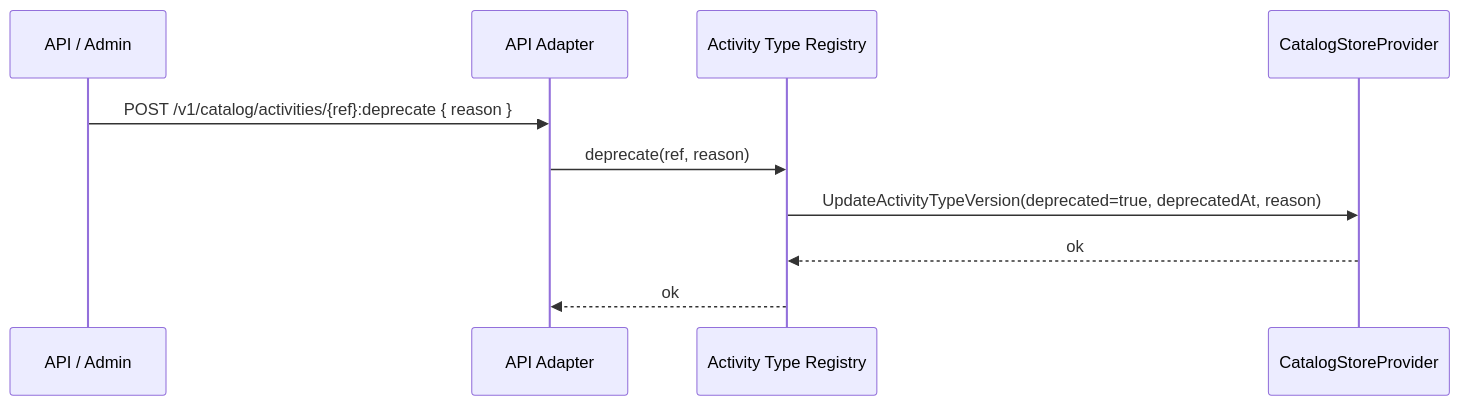
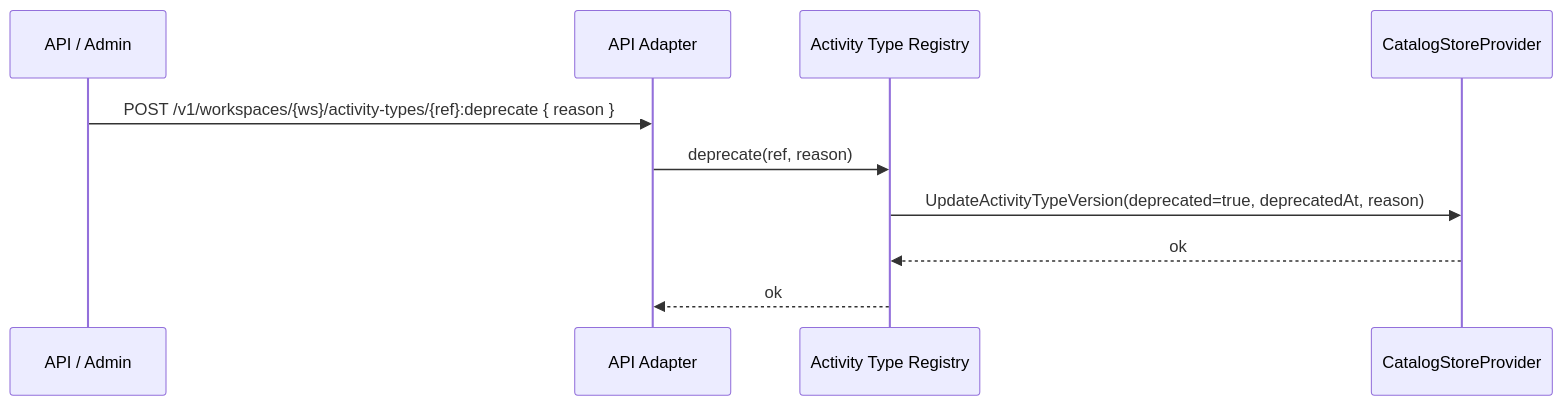
The seventh of 8 diagrams in design/components/catalog-service/design.md (toddysm/custos), drawn with Mermaid before and after one commit. The commit also changed other lines of this file and 7 other files, not shown here.

````diff
--- a/design/components/catalog-service/design.md
+++ b/design/components/catalog-service/design.md
@@ -237,13 +240,13 @@
 ```mermaid
 sequenceDiagram
     participant Caller as API / Admin
     participant API as API Adapter
     participant ATR as Activity Type Registry
     participant Store as CatalogStoreProvider
 
-    Caller->>API: POST /v1/catalog/activities/{ref}:deprecate { reason }
+    Caller->>API: POST /v1/workspaces/{ws}/activity-types/{ref}:deprecate { reason }
     API->>ATR: deprecate(ref, reason)
     ATR->>Store: UpdateActivityTypeVersion(deprecated=true, deprecatedAt, reason)
     Store-->>ATR: ok
     ATR-->>API: ok
 ```
````
